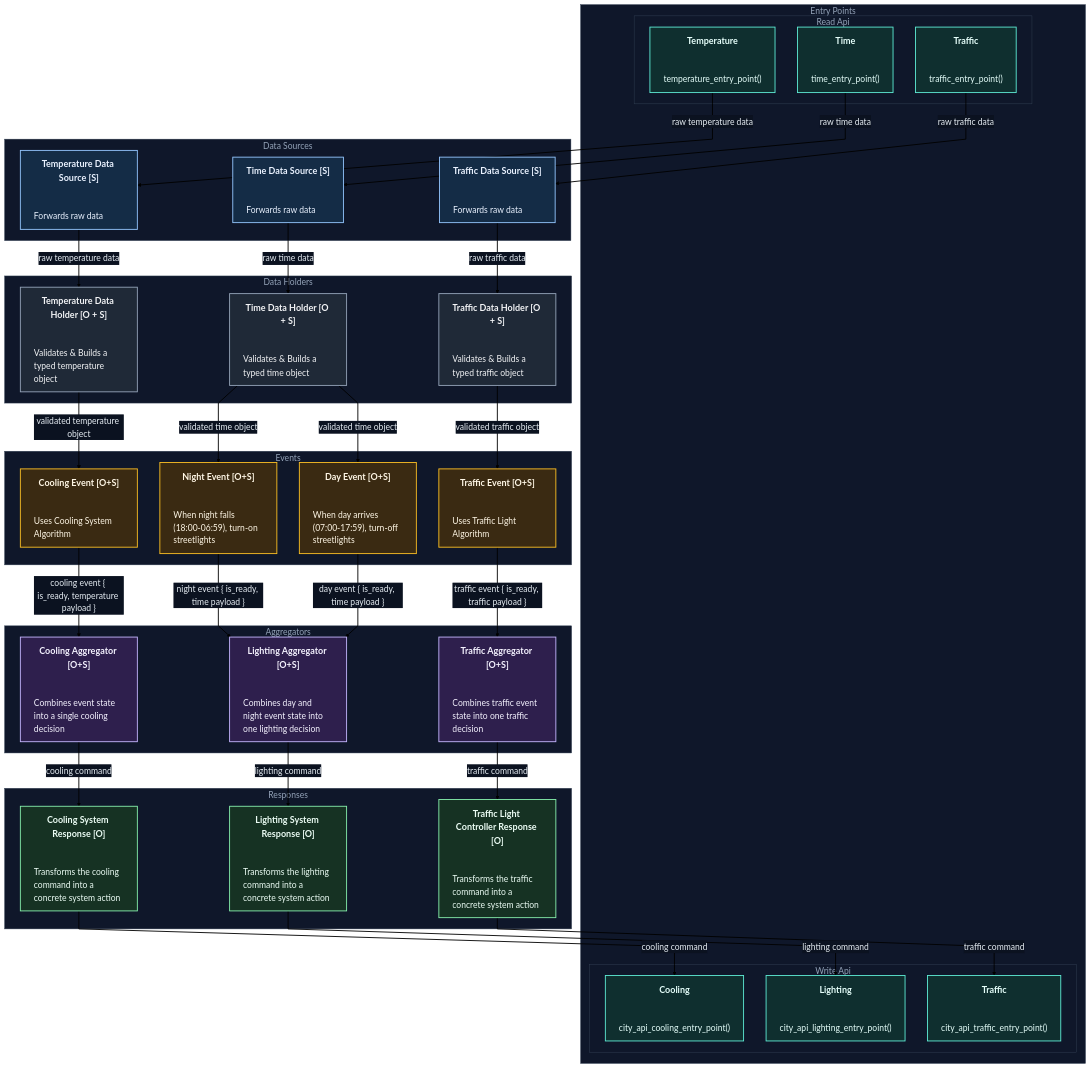
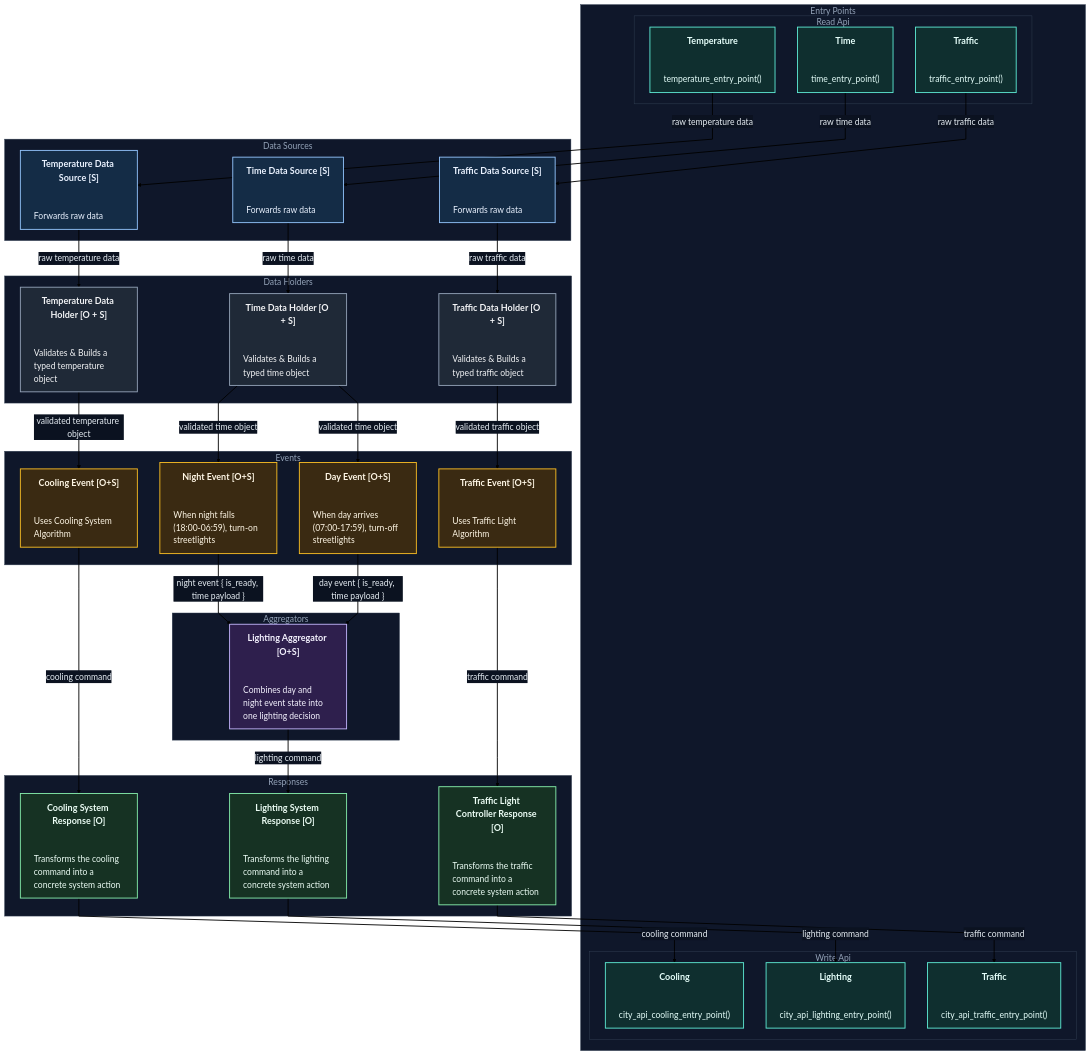
Before and after one commit to orsha2/Smart-City: the diagram in docs/overview.md, drawn with Mermaid.

Commit message:
ET-1: remove redundent aggregators

```diff
--- a/docs/overview.md
+++ b/docs/overview.md
@@ -119,17 +119,9 @@
 %% Aggregators
 subgraph AGGREGATORS["Aggregators"]
 
-AGG_COOL["<div style='text-align:center;font-size:20px;font-weight:700;'>Cooling Aggregator [O+S]</div>
-
-<div style='text-align:left'>Combines event state into a single cooling decision</div>"]
-
 AGG_LIGHT["<div style='text-align:center;font-size:20px;font-weight:700;'>Lighting Aggregator [O+S]</div>
 
 <div style='text-align:left'>Combines day and night event state into one lighting decision</div>"]
-
-AGG_TRAFFIC["<div style='text-align:center;font-size:20px;font-weight:700;'>Traffic Aggregator [O+S]</div>
-
-<div style='text-align:left'>Combines traffic event state into one traffic decision</div>"]
 
 end
 
@@ -165,14 +157,12 @@
 DH_TIME -- "validated time object" --> EV_DAY
 DH_TRAFFIC -- "validated traffic object" --> EV_TRAFFIC
 
-EV_COOL -- "cooling event { is_ready, temperature payload }" --> AGG_COOL
+EV_COOL -- "cooling command" --> EFF_COOL
 EV_NIGHT -- "night event { is_ready, time payload }" --> AGG_LIGHT
 EV_DAY -- "day event { is_ready, time payload }" --> AGG_LIGHT
-EV_TRAFFIC -- "traffic event { is_ready, traffic payload }" --> AGG_TRAFFIC
+EV_TRAFFIC -- "traffic command" --> EFF_TRAFFIC
 
-AGG_COOL -- "cooling command" --> EFF_COOL
 AGG_LIGHT -- "lighting command" --> EFF_LIGHT
-AGG_TRAFFIC -- "traffic command" --> EFF_TRAFFIC
 
 EFF_COOL -- "cooling command" --> OUTPUT_COOL
 EFF_LIGHT -- "lighting command" --> OUTPUT_LIGHT
```
